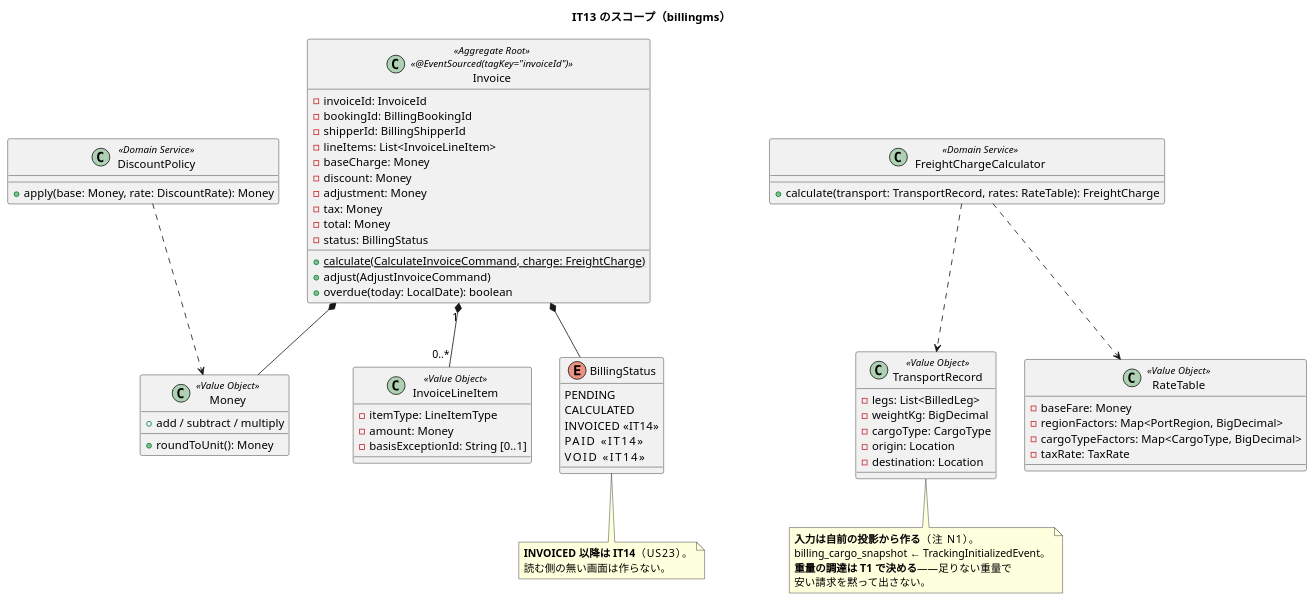
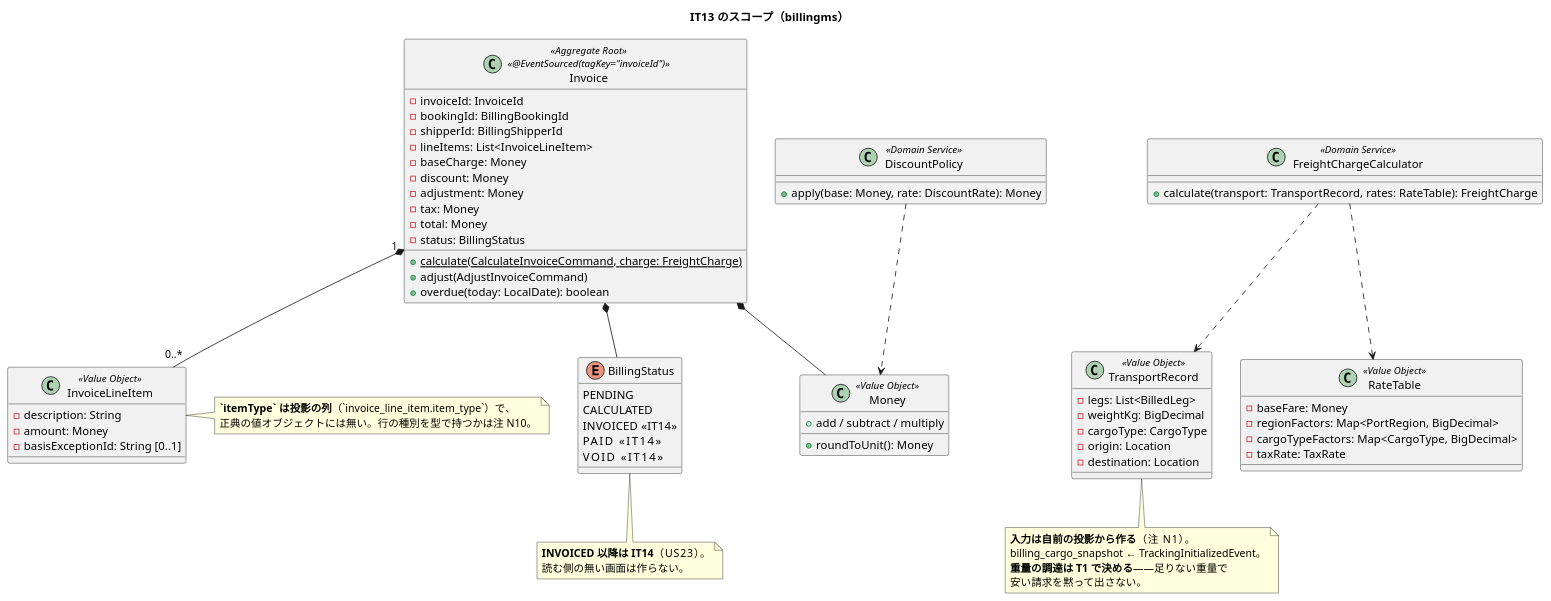
Before and after one commit to k2works/case-study-cargo-tracker: the first of 4 diagrams in docs/development/cargo-tracker/iteration_plan-13.md, drawn with PlantUML. The commit also changed other lines of this file and 3 other files, not shown here.

````diff
--- a/docs/development/cargo-tracker/iteration_plan-13.md
+++ b/docs/development/cargo-tracker/iteration_plan-13.md
@@ -184,75 +203,79 @@
 ```plantuml
 @startuml
 title IT13 のスコープ（billingms）
 
 class Invoice <<Aggregate Root>> <<@EventSourced(tagKey="invoiceId")>> {
   - invoiceId: InvoiceId
   - bookingId: BillingBookingId
   - shipperId: BillingShipperId
   - lineItems: List<InvoiceLineItem>
   - baseCharge: Money
   - discount: Money
   - adjustment: Money
   - tax: Money
   - total: Money
   - status: BillingStatus
   + {static} calculate(CalculateInvoiceCommand, charge: FreightCharge)
   + adjust(AdjustInvoiceCommand)
   + overdue(today: LocalDate): boolean
 }
 class FreightChargeCalculator <<Domain Service>> {
   + calculate(transport: TransportRecord, rates: RateTable): FreightCharge
 }
 class DiscountPolicy <<Domain Service>> {
   + apply(base: Money, rate: DiscountRate): Money
 }
 class TransportRecord <<Value Object>> {
   - legs: List<BilledLeg>
   - weightKg: BigDecimal
   - cargoType: CargoType
   - origin: Location
   - destination: Location
 }
 class RateTable <<Value Object>> {
   - baseFare: Money
   - regionFactors: Map<PortRegion, BigDecimal>
   - cargoTypeFactors: Map<CargoType, BigDecimal>
   - taxRate: TaxRate
 }
 class Money <<Value Object>> {
   + add / subtract / multiply
   + roundToUnit(): Money
 }
 class InvoiceLineItem <<Value Object>> {
-  - itemType: LineItemType
+  - description: String
   - amount: Money
   - basisExceptionId: String [0..1]
 }
+note right of InvoiceLineItem
+  **`itemType` は投影の列**（`invoice_line_item.item_type`）で、
+  正典の値オブジェクトには無い。行の種別を型で持つかは注 N10。
+end note
 enum BillingStatus {
   PENDING
   CALCULATED
   INVOICED  <<IT14>>
   PAID      <<IT14>>
   VOID      <<IT14>>
 }
 
 Invoice "1" *-- "0..*" InvoiceLineItem
 Invoice *-- Money
 Invoice *-- BillingStatus
 FreightChargeCalculator ..> TransportRecord
 FreightChargeCalculator ..> RateTable
 DiscountPolicy ..> Money
 
 note bottom of TransportRecord
   **入力は自前の投影から作る**（注 N1）。
   billing_cargo_snapshot ← TrackingInitializedEvent。
   **重量の調達は T1 で決める**——足りない重量で
   安い請求を黙って出さない。
 end note
 
 note bottom of BillingStatus
   **INVOICED 以降は IT14**（US23）。
   読む側の無い画面は作らない。
 end note
 @enduml
 ```
````
